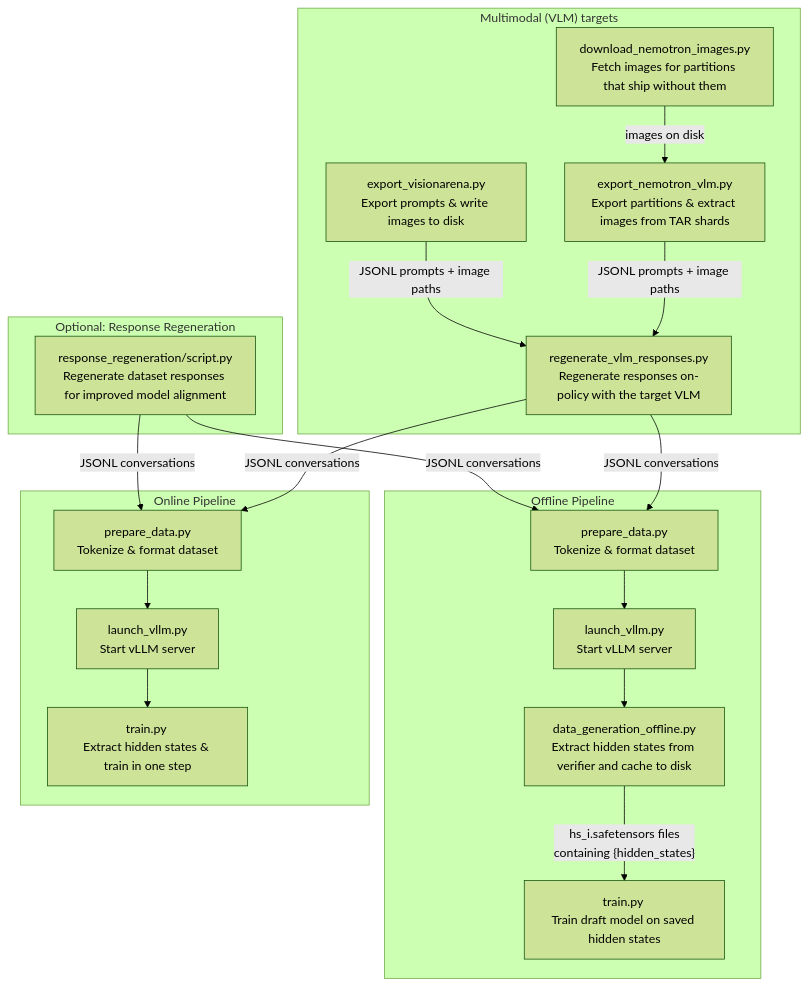
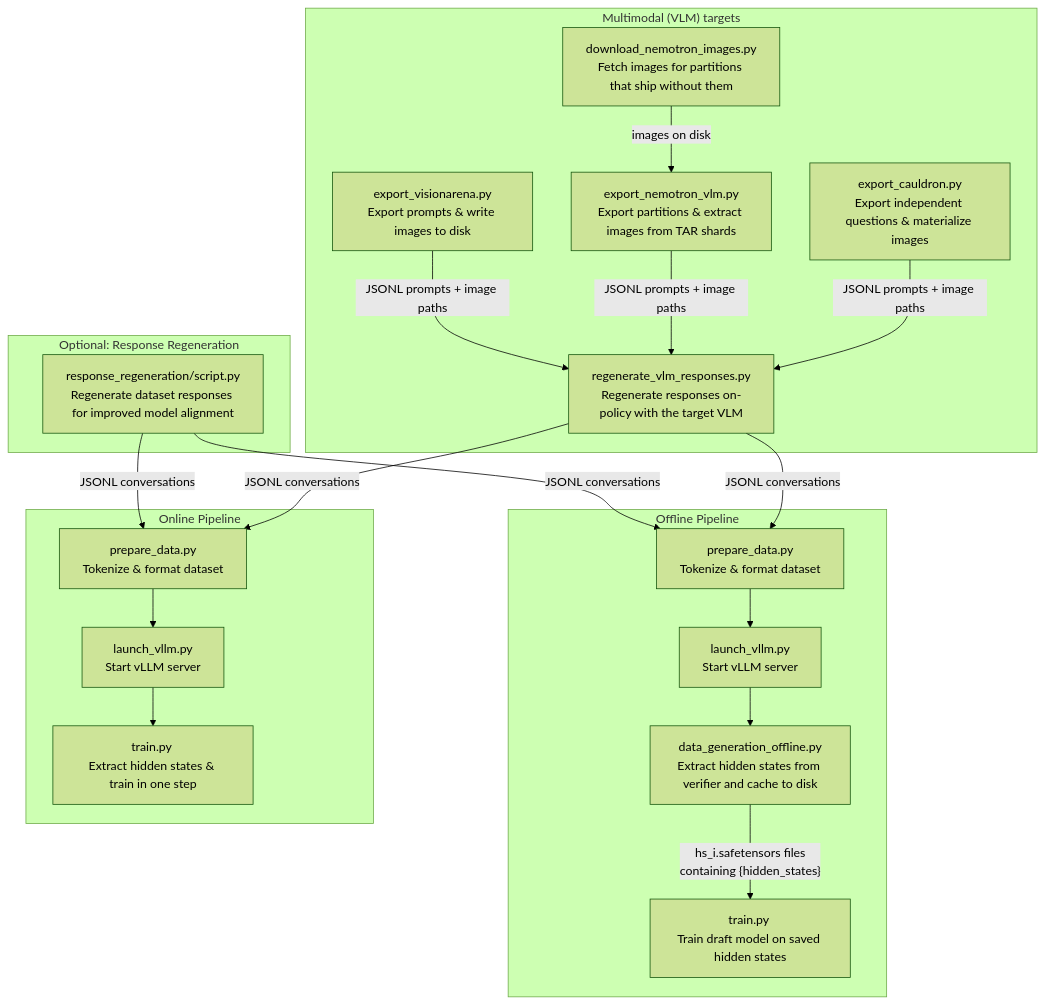
The diagram in docs/cli/index.md (johncalesp/speculators), drawn with Mermaid (forest theme) before and after one commit. The commit also changed other lines of this file and 5 other files, not shown here.

````diff
--- a/docs/cli/index.md
+++ b/docs/cli/index.md
@@ -25,48 +26,51 @@
 ```mermaid
 flowchart TD
     subgraph optional ["Optional: Response Regeneration"]
         A["response_regeneration/script.py\nRegenerate dataset responses for improved model alignment"]
     end
 
     subgraph vlm ["Multimodal (VLM) targets"]
         V1["export_visionarena.py\nExport prompts & write images to disk"]
         V3["export_nemotron_vlm.py\nExport partitions & extract images from TAR shards"]
+        V5["export_cauldron.py\nExport independent questions & materialize images"]
         V4["download_nemotron_images.py\nFetch images for partitions that ship without them"]
         V2["regenerate_vlm_responses.py\nRegenerate responses on-policy with the target VLM"]
         V4 -- "images on disk" --> V3
         V1 -- "JSONL prompts + image paths" --> V2
         V3 -- "JSONL prompts + image paths" --> V2
+        V5 -- "JSONL prompts + image paths" --> V2
     end
 
     subgraph offline ["Offline Pipeline"]
         B["prepare_data.py\nTokenize & format dataset"]
         C["launch_vllm.py\nStart vLLM server"]
         D["data_generation_offline.py\nExtract hidden states from verifier and cache to disk"]
         E["train.py \nTrain draft model on saved hidden states"]
     end
 
     subgraph online ["Online Pipeline"]
         F["prepare_data.py\nTokenize & format dataset"]
         G["launch_vllm.py\nStart vLLM server"]
         H["train.py \nExtract hidden states & train in one step"]
     end
 
     A -- "JSONL conversations" --> B
     A -- "JSONL conversations" --> F
     V2 -- "JSONL conversations" --> B
     V2 -- "JSONL conversations" --> F
     B --> C --> D -- "hs_i.safetensors files\ncontaining {hidden_states}" --> E
     F --> G --> H
 
     click B "prepare_data/" _self
     click F "prepare_data/" _self
     click C "launch_vllm/" _self
     click G "launch_vllm/" _self
     click D "data_generation_offline/" _self
     click E "train/" _self
     click A "response_regeneration/" _self
     click H "train/" _self
     click V1 "vlm_data/" _self
     click V2 "vlm_data/" _self
     click V3 "vlm_data/" _self
+    click V5 "vlm_data/" _self
 ```
````
